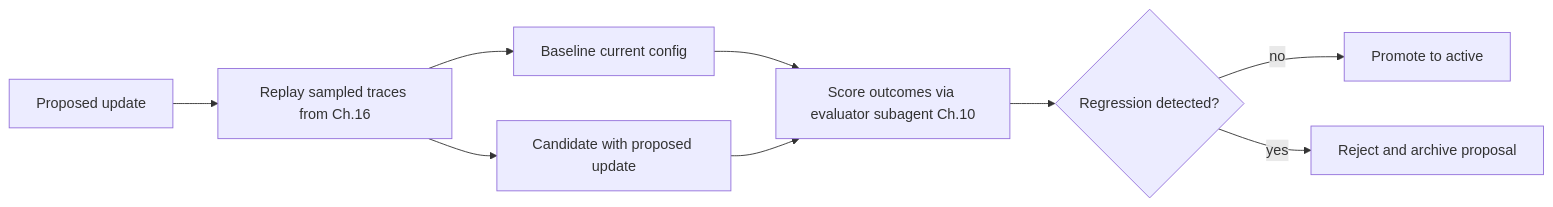
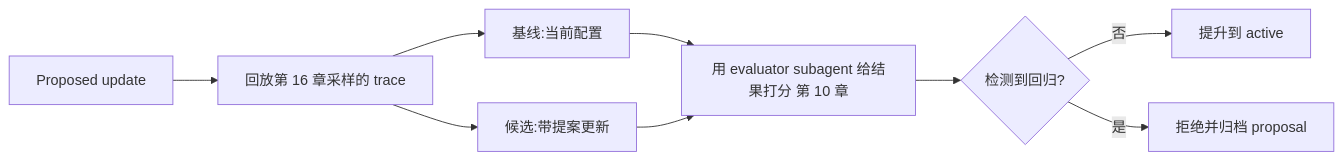
Before and after one commit to ocxers/agentic-ai-system-course-zh: the second of 3 diagrams in course-zh/21-self-evolving-agents.md, drawn with Mermaid. The commit also changed other lines of this file and 14 other files, not shown here.

````diff
--- a/course-zh/21-self-evolving-agents.md
+++ b/course-zh/21-self-evolving-agents.md
@@ -138,11 +138,11 @@
 ```mermaid
 flowchart LR
-    Prop["Proposed update"] --> Replay["Replay sampled traces from Ch.16"]
-    Replay --> Old["Baseline current config"]
-    Replay --> New["Candidate with proposed update"]
-    Old --> Compare["Score outcomes via evaluator subagent Ch.10"]
+    Prop["Proposed update"] --> Replay["回放第 16 章采样的 trace"]
+    Replay --> Old["基线:当前配置"]
+    Replay --> New["候选:带提案更新"]
+    Old --> Compare["用 evaluator subagent 给结果打分 第 10 章"]
     New --> Compare
-    Compare --> Gate{"Regression detected?"}
-    Gate -- no --> Promote["Promote to active"]
-    Gate -- yes --> Reject["Reject and archive proposal"]
+    Compare --> Gate{"检测到回归?"}
+    Gate -- 否 --> Promote["提升到 active"]
+    Gate -- 是 --> Reject["拒绝并归档 proposal"]
 ```
````
